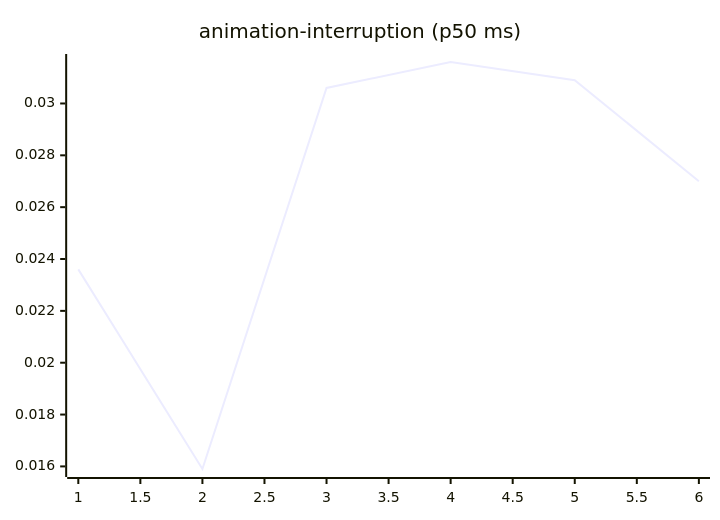
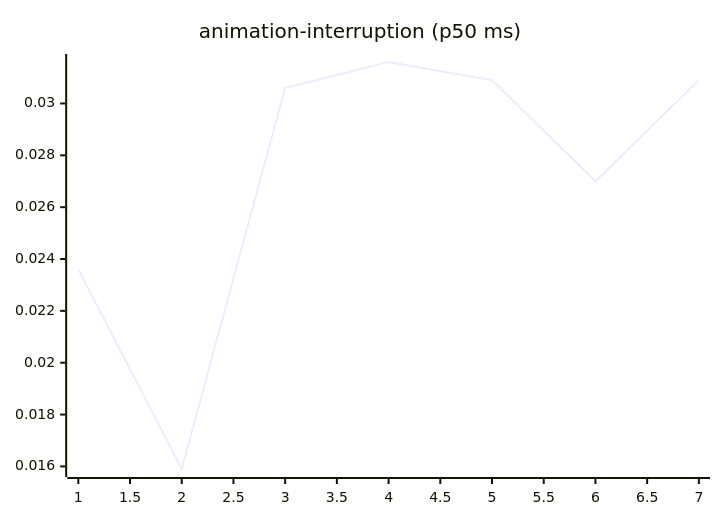
One commit to josha/Facet changed the third of 27 diagrams in README.md. Above: the diagram before and after it, drawn with Mermaid. The commit also changed other lines of this file and 2 other files, not shown here.

````diff
--- a/README.md
+++ b/README.md
@@ -77,6 +77,6 @@
 ```mermaid
 xychart-beta
     title "animation-interruption (p50 ms)"
-    x-axis 1 --> 6
-    line [0.0236, 0.0159, 0.0306, 0.0316, 0.0309, 0.0270]
+    x-axis 1 --> 7
+    line [0.0236, 0.0159, 0.0306, 0.0316, 0.0309, 0.0270, 0.0309]
 ```
````
